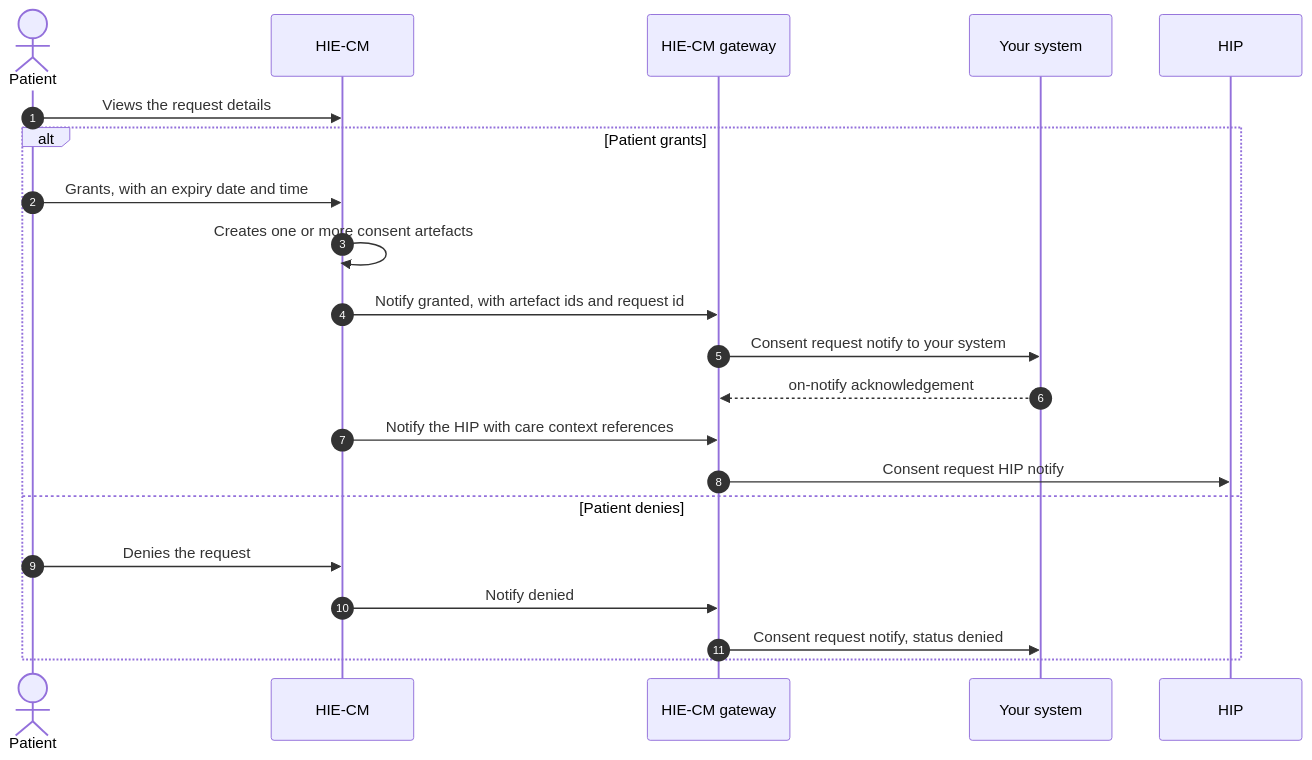
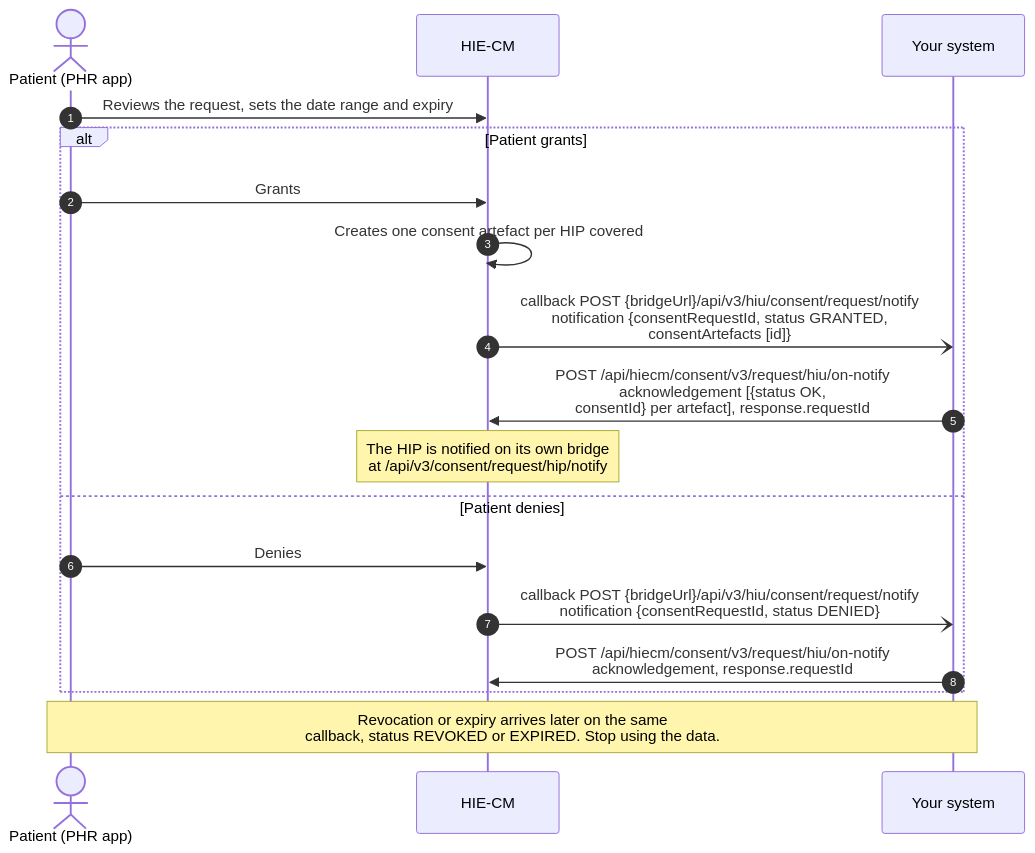
Before and after one commit to nha-in/docs: the second of 3 diagrams in site/docs/hiecm/v3/milestones/m3.mdx, drawn with Mermaid. The commit also changed other lines of this file and 4 other files, not shown here.

````diff
--- a/site/docs/hiecm/v3/milestones/m3.mdx
+++ b/site/docs/hiecm/v3/milestones/m3.mdx
@@ -152,23 +151,20 @@
 ```mermaid
 sequenceDiagram
     autonumber
-    actor P as Patient
-    participant C as HIE-CM
-    participant G as HIE-CM gateway
+    actor P as Patient (PHR app)
+    participant CM as HIE-CM
     participant S as Your system
-    participant H as HIP
-    P->>C: Views the request details
+    P->>CM: Reviews the request, sets the date range and expiry
     alt Patient grants
-        P->>C: Grants, with an expiry date and time
-        C->>C: Creates one or more consent artefacts
-        C->>G: Notify granted, with artefact ids and request id
-        G->>S: Consent request notify to your system
-        S-->>G: on-notify acknowledgement
-        C->>G: Notify the HIP with care context references
-        G->>H: Consent request HIP notify
+        P->>CM: Grants
+        CM->>CM: Creates one consent artefact per HIP covered
+        CM-)S: callback POST {bridgeUrl}/api/v3/hiu/consent/request/notify<br/>notification {consentRequestId, status GRANTED,<br/>consentArtefacts [id]}
+        S->>CM: POST /api/hiecm/consent/v3/request/hiu/on-notify<br/>acknowledgement [{status OK,<br/>consentId} per artefact], response.requestId
+        Note over CM: The HIP is notified on its own bridge<br/>at /api/v3/consent/request/hip/notify
     else Patient denies
-        P->>C: Denies the request
-        C->>G: Notify denied
-        G->>S: Consent request notify, status denied
+        P->>CM: Denies
+        CM-)S: callback POST {bridgeUrl}/api/v3/hiu/consent/request/notify<br/>notification {consentRequestId, status DENIED}
+        S->>CM: POST /api/hiecm/consent/v3/request/hiu/on-notify<br/>acknowledgement, response.requestId
     end
+    Note over P,S: Revocation or expiry arrives later on the same<br/>callback, status REVOKED or EXPIRED. Stop using the data.
 ```
````
